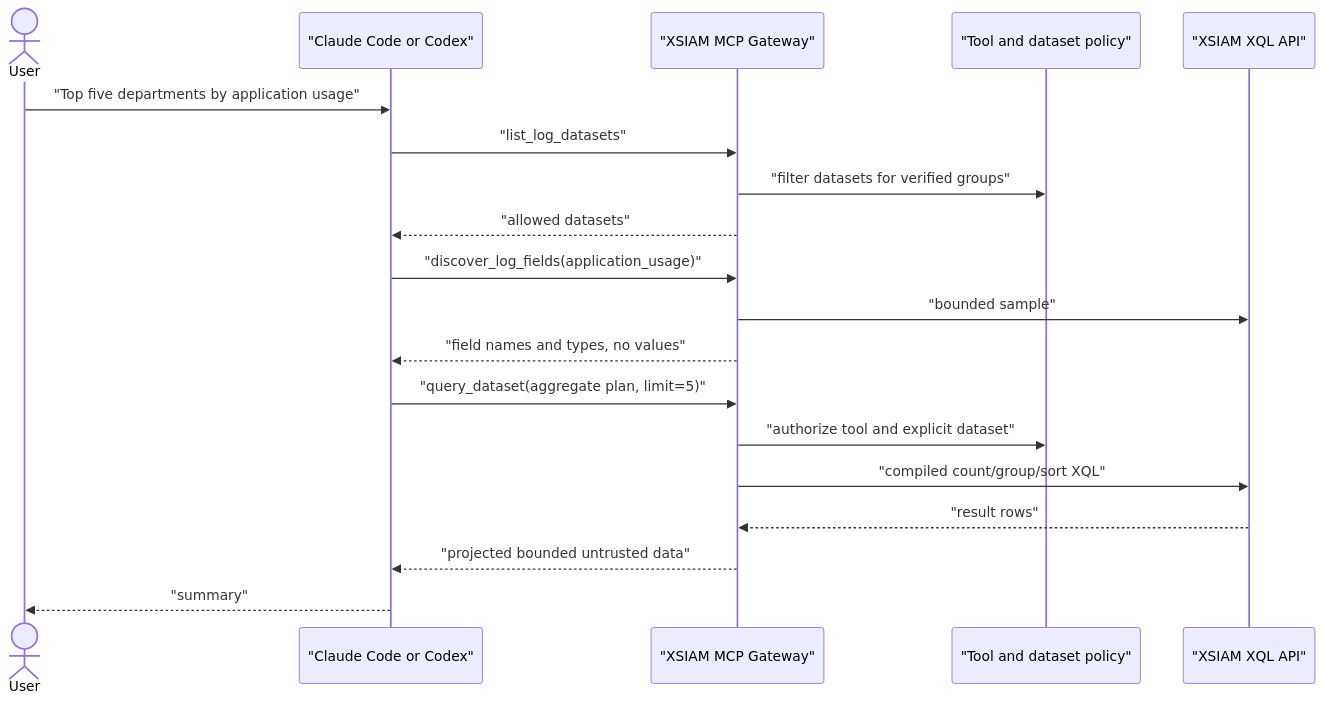
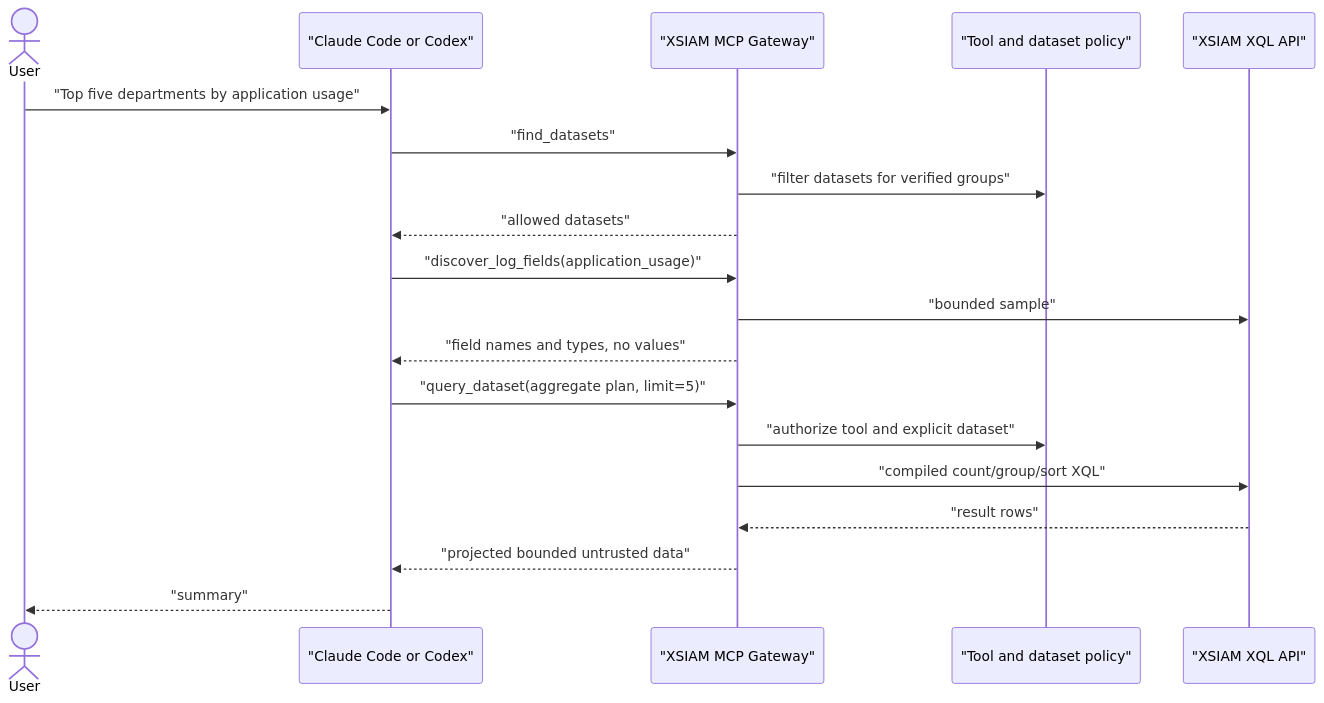
The second of 2 diagrams in docs/ARCHITECTURE.md (ciaran-finnegan/cortex-xsiam-mcp-gateway), drawn with Mermaid before and after one commit. The commit also changed other lines of this file and 16 other files, not shown here.

First line of the commit message:
feat: authored dataset catalogue and find_datasets tool

````diff
--- a/docs/ARCHITECTURE.md
+++ b/docs/ARCHITECTURE.md
@@ -82,22 +82,22 @@
 ```mermaid
 sequenceDiagram
   actor User
   participant Agent as "Claude Code or Codex"
   participant MCP as "XSIAM MCP Gateway"
   participant Policy as "Tool and dataset policy"
   participant XSIAM as "XSIAM XQL API"
 
   User->>Agent: "Top five departments by application usage"
-  Agent->>MCP: "list_log_datasets"
+  Agent->>MCP: "find_datasets"
   MCP->>Policy: "filter datasets for verified groups"
   MCP-->>Agent: "allowed datasets"
   Agent->>MCP: "discover_log_fields(application_usage)"
   MCP->>XSIAM: "bounded sample"
   MCP-->>Agent: "field names and types, no values"
   Agent->>MCP: "query_dataset(aggregate plan, limit=5)"
   MCP->>Policy: "authorize tool and explicit dataset"
   MCP->>XSIAM: "compiled count/group/sort XQL"
   XSIAM-->>MCP: "result rows"
   MCP-->>Agent: "projected bounded untrusted data"
   Agent-->>User: "summary"
 ```
````
